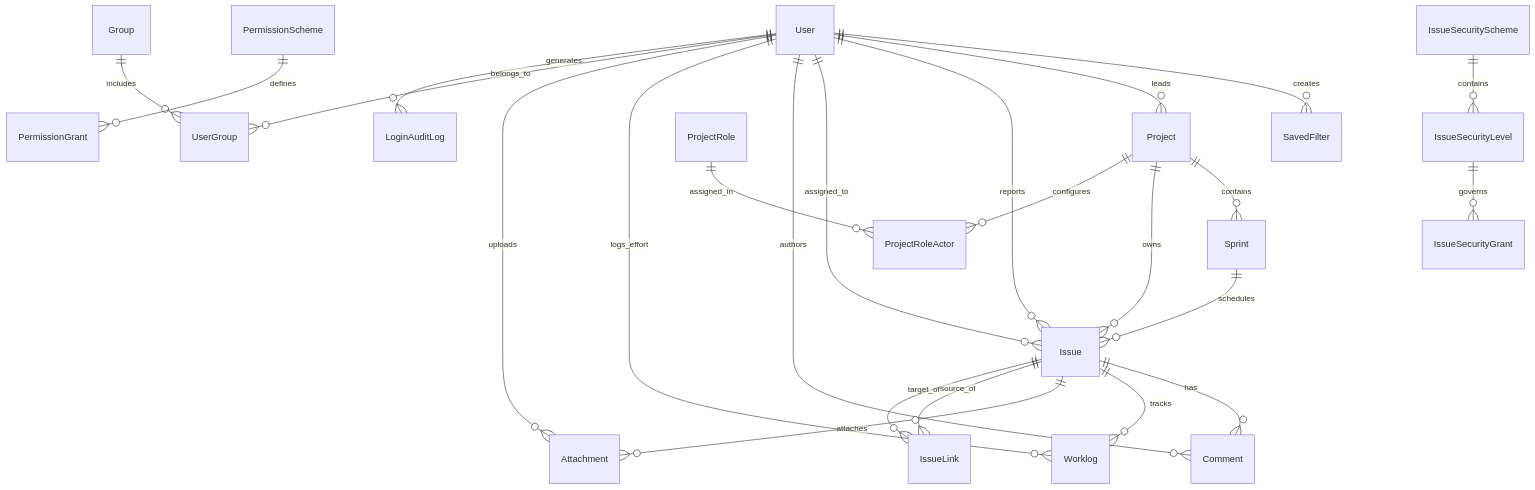
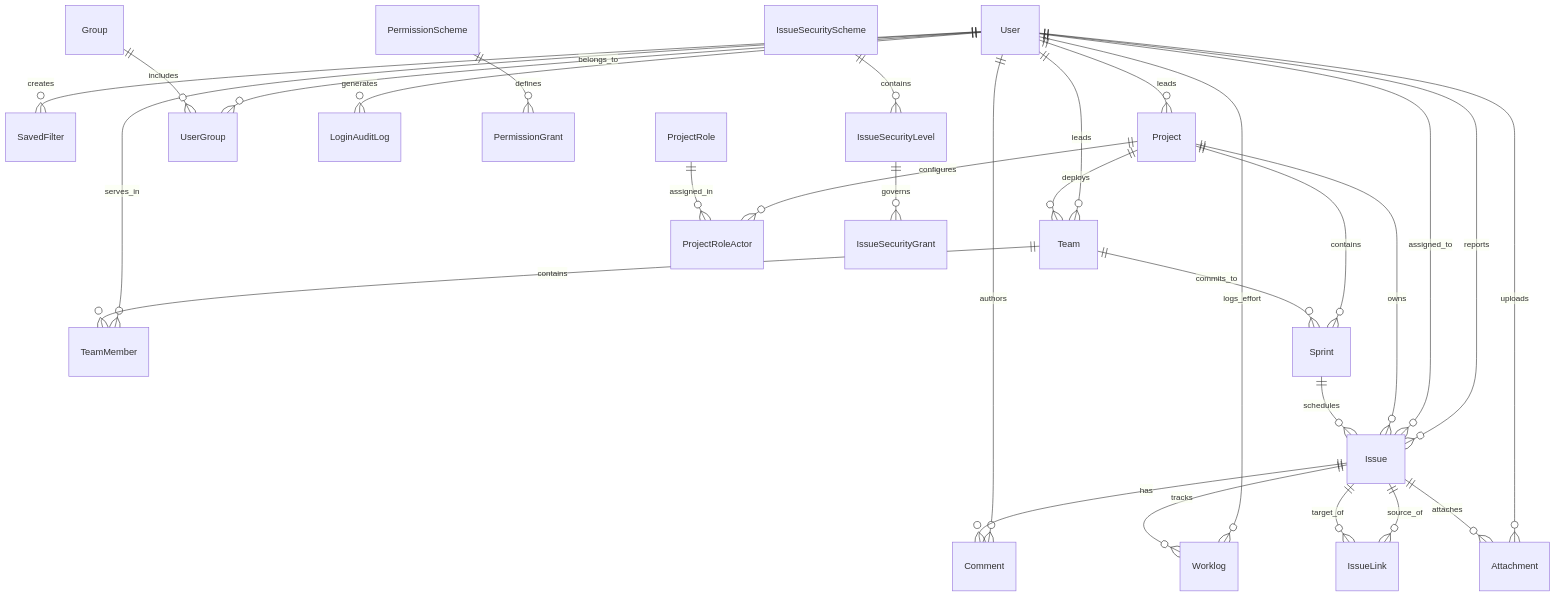
Before and after one commit to finkord/bug-tracker: the diagram in documentation/architecture/database-schema.md, drawn with Mermaid. The commit also changed other lines of this file and 54 other files, not shown here.

````diff
--- a/documentation/architecture/database-schema.md
+++ b/documentation/architecture/database-schema.md
@@ -15,32 +15,38 @@
 ```mermaid
 erDiagram
     User ||--o{ SavedFilter : "creates"
     User ||--o{ Project : "leads"
     User ||--o{ Issue : "reports"
     User ||--o{ Issue : "assigned_to"
     User ||--o{ Comment : "authors"
     User ||--o{ Worklog : "logs_effort"
     User ||--o{ Attachment : "uploads"
     User ||--o{ UserGroup : "belongs_to"
     User ||--o{ LoginAuditLog : "generates"
+    User ||--o{ Team : "leads"
+    User ||--o{ TeamMember : "serves_in"
 
     Project ||--o{ Sprint : "contains"
     Project ||--o{ Issue : "owns"
     Project ||--o{ ProjectRoleActor : "configures"
+    Project ||--o{ Team : "deploys"
+
+    Team ||--o{ TeamMember : "contains"
+    Team ||--o{ Sprint : "commits_to"
 
     Sprint ||--o{ Issue : "schedules"
 
     Issue ||--o{ Comment : "has"
     Issue ||--o{ Worklog : "tracks"
     Issue ||--o{ Attachment : "attaches"
     Issue ||--o{ IssueLink : "source_of"
     Issue ||--o{ IssueLink : "target_of"
 
     Group ||--o{ UserGroup : "includes"
 
     PermissionScheme ||--o{ PermissionGrant : "defines"
     ProjectRole ||--o{ ProjectRoleActor : "assigned_in"
 
     IssueSecurityScheme ||--o{ IssueSecurityLevel : "contains"
     IssueSecurityLevel ||--o{ IssueSecurityGrant : "governs"
 ```
````
